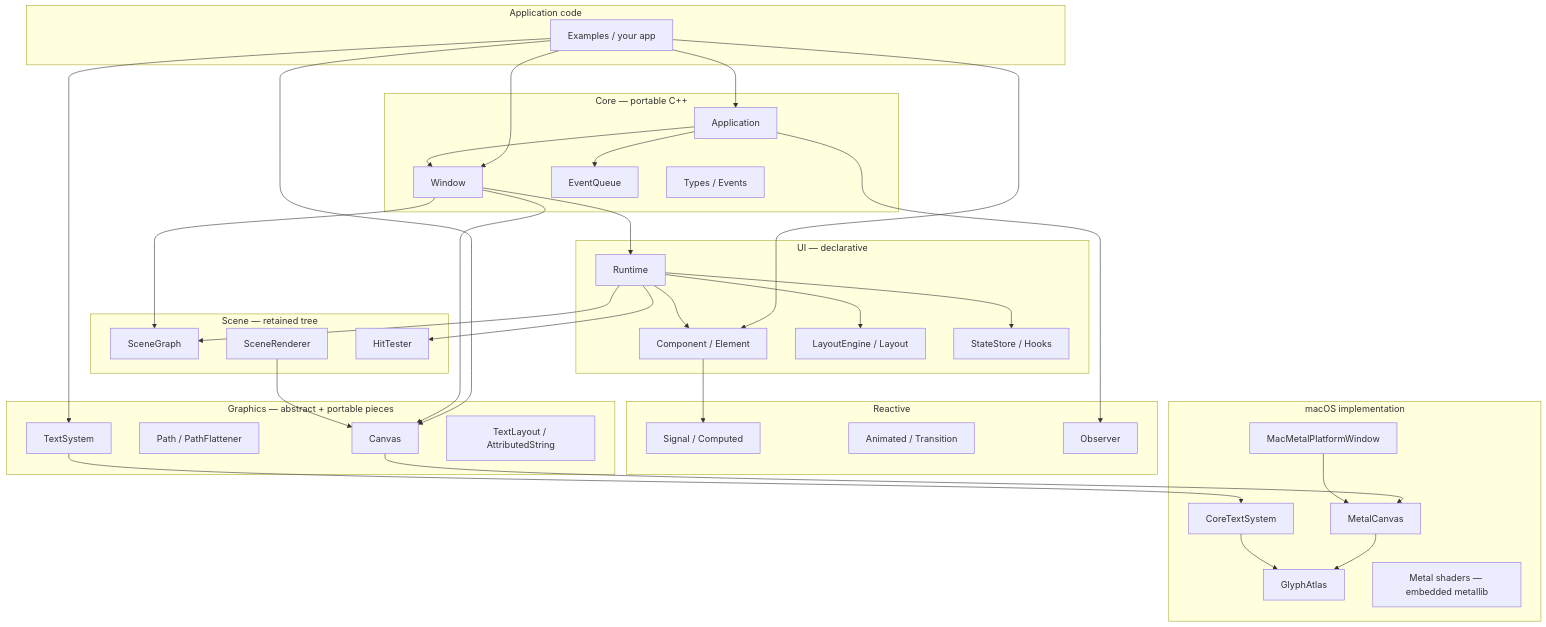
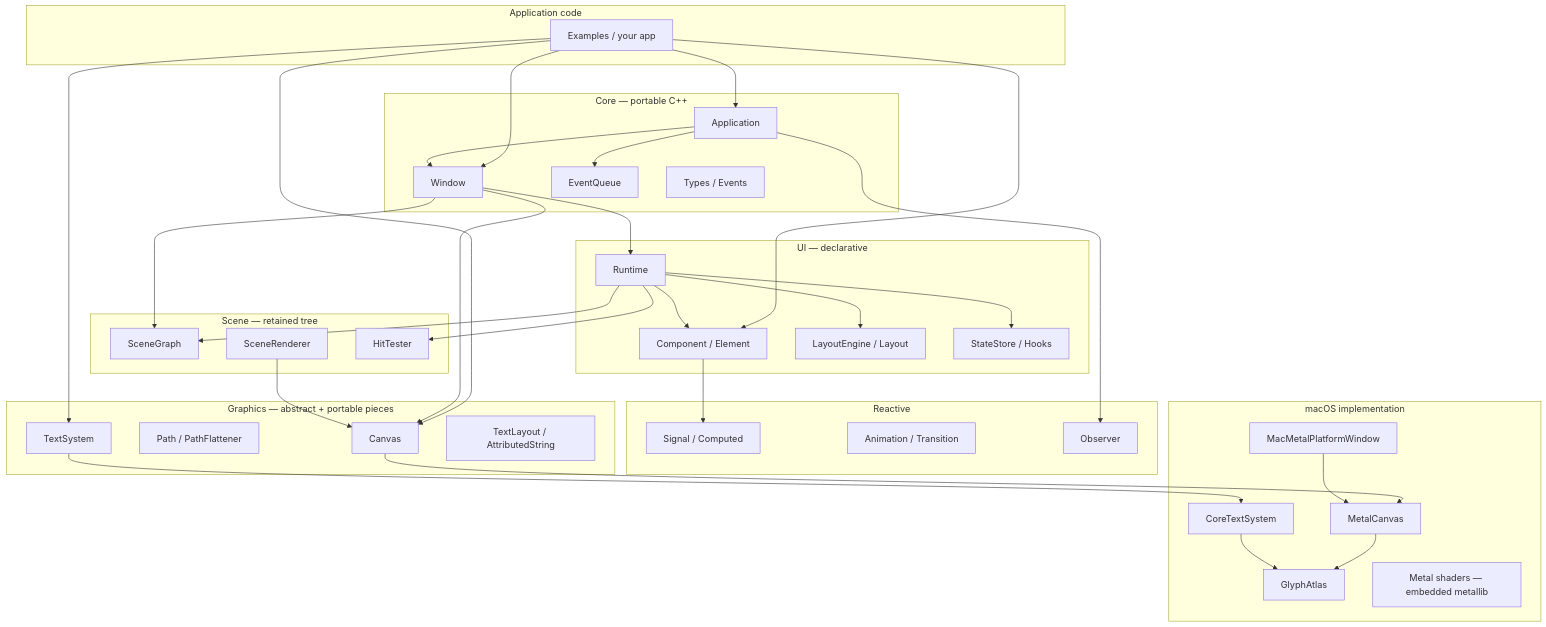
Before and after one commit to aavci1/flux-v4: the diagram in docs/architecture.md, drawn with Mermaid. The commit also changed other lines of this file and 28 other files, not shown here.

First line of the commit message:
Refactor animation system: Replace Animated class with Animation class

````diff
--- a/docs/architecture.md
+++ b/docs/architecture.md
@@ -7,64 +7,64 @@
 ```mermaid
 flowchart TB
   subgraph app [Application code]
     Ex[Examples / your app]
   end
   subgraph core [Core — portable C++]
     App[Application]
     Win[Window]
     EQ[EventQueue]
     Types[Types / Events]
   end
   subgraph ui [UI — declarative]
     Comp[Component / Element]
     LE[LayoutEngine / Layout]
     RT[Runtime]
     SS[StateStore / Hooks]
   end
   subgraph scene [Scene — retained tree]
     SG[SceneGraph]
     SR[SceneRenderer]
     HT[HitTester]
   end
   subgraph react [Reactive]
     Sig[Signal / Computed]
-    Anim[Animated / Transition]
+    Anim["Animation / Transition"]
     Obs[Observer]
   end
   subgraph gfx [Graphics — abstract + portable pieces]
     Can[Canvas]
     Path[Path / PathFlattener]
     TS[TextSystem]
     TLayout[TextLayout / AttributedString]
   end
   subgraph mac [macOS implementation]
     PWin[MacMetalPlatformWindow]
     MCan[MetalCanvas]
     CT[CoreTextSystem]
     GA[GlyphAtlas]
     Sh[Metal shaders — embedded metallib]
   end
   Ex --> App
   Ex --> Win
   Ex --> Can
   Ex --> TS
   Ex --> Comp
   App --> EQ
   App --> Win
   App --> Obs
   Win --> Can
   Win --> SG
   Win --> RT
   RT --> Comp
   RT --> LE
   RT --> SG
   RT --> HT
   RT --> SS
   Comp --> Sig
   SR --> Can
   Can --> MCan
   TS --> CT
   MCan --> GA
   CT --> GA
   PWin --> MCan
 ```
````
